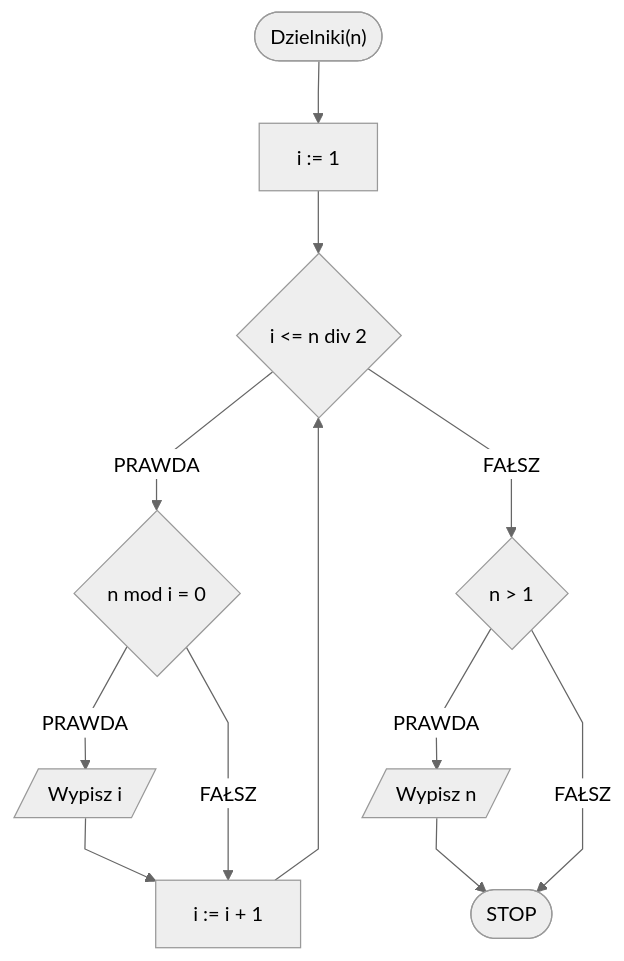
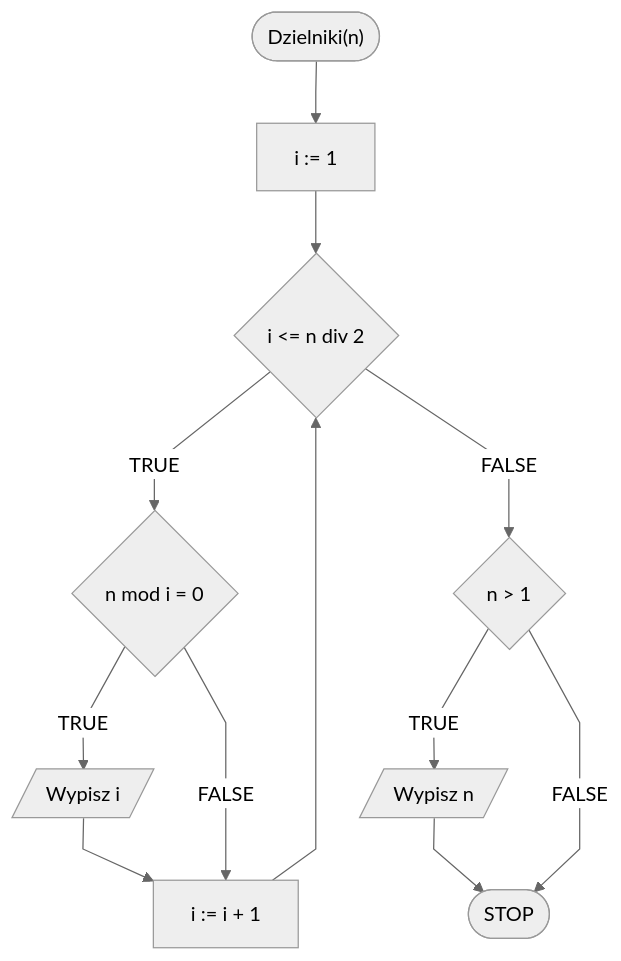
Before and after one commit to blackbat13/edu-cs-htiew-en: the second of 3 diagrams in docs/algorithms/integers/divisors.md, drawn with Mermaid. The commit also changed other lines of this file and 682 other files, not shown here.

````diff
--- a/docs/algorithms/integers/divisors.md
+++ b/docs/algorithms/integers/divisors.md
@@ -92,15 +92,15 @@
 ```mermaid
 %%{init: {"flowchart": {"curve": "linear"}, "theme": "neutral"} }%%
 flowchart TD
 	START(["Dzielniki(n)"]) --> K0[i := 1]
 	K0 --> K1{i <= n div 2}
-	K1 -- PRAWDA --> K2{n mod i = 0}
-	K2 -- PRAWDA --> K3[/Wypisz i/]
+	K1 -- TRUE --> K2{n mod i = 0}
+	K2 -- TRUE --> K3[/Wypisz i/]
 	K3 --> K1i[i := i + 1]
-	K2 -- FAŁSZ --> K1i
+	K2 -- FALSE --> K1i
 	K1i --> K1
-	K1 -- FAŁSZ --> K4{n > 1}
-	K4 -- PRAWDA --> K5[/Wypisz n/]
+	K1 -- FALSE --> K4{n > 1}
+	K4 -- TRUE --> K5[/Wypisz n/]
 	K5 --> STOP([STOP])
-	K4 -- FAŁSZ --> STOP
+	K4 -- FALSE --> STOP
 ```
````
